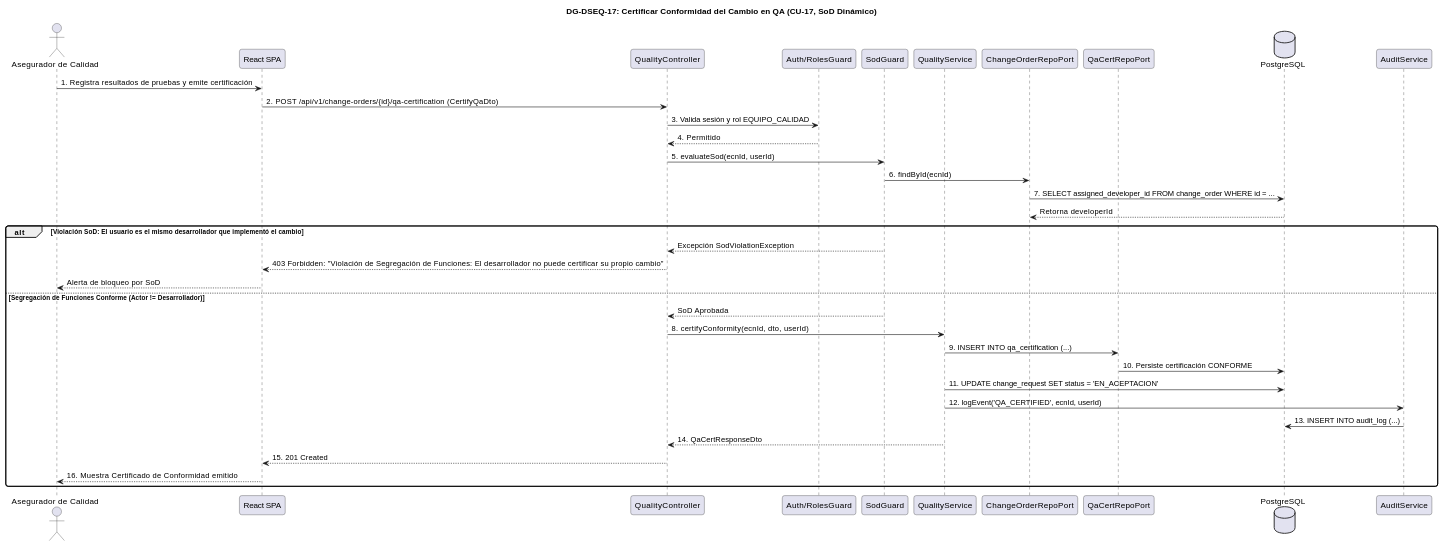
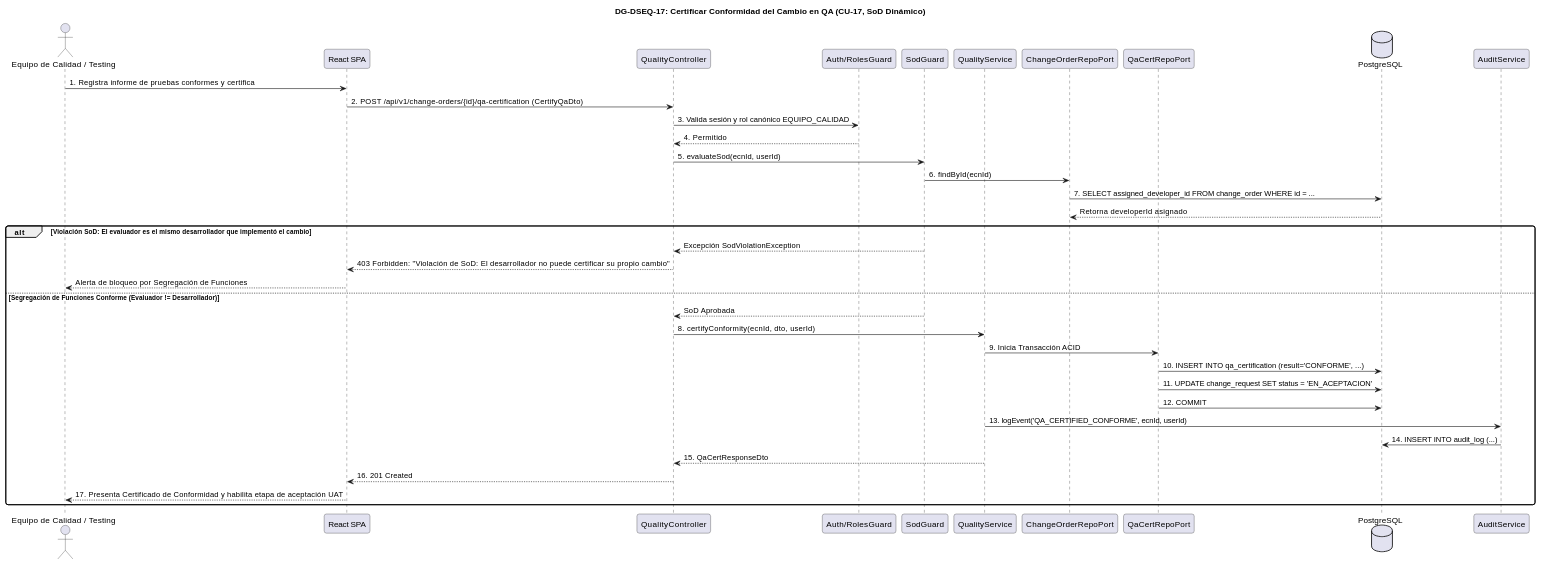
The tenth of 15 diagrams in FD05-EPIS-Informe_SAD_Diseno.md (JMedina255/TraceFlow), drawn with PlantUML before and after one commit. The commit also changed other lines of this file and 6 other files, not shown here.

````diff
--- a/FD05-EPIS-Informe_SAD_Diseno.md
+++ b/FD05-EPIS-Informe_SAD_Diseno.md
@@ -1532,48 +1600,49 @@
 ```plantuml
 @startuml
 skinparam shadowing false
 skinparam roundcorner 8
 skinparam defaultFontName Arial
 
 title <b>DG-DSEQ-17: Certificar Conformidad del Cambio en QA (CU-17, SoD Dinámico)</b>
 
-actor "Asegurador de Calidad" as Actor
+actor "Equipo de Calidad / Testing" as Actor
 participant "React SPA" as UI
 participant "QualityController" as Ctrl
 participant "Auth/RolesGuard" as Guard
 participant "SodGuard" as SodGuard
 participant "QualityService" as Service
 participant "ChangeOrderRepoPort" as EcnRepo
 participant "QaCertRepoPort" as CertRepo
 database "PostgreSQL" as DB
 participant "AuditService" as Audit
 
-Actor -> UI : 1. Registra resultados de pruebas y emite certificación
+Actor -> UI : 1. Registra informe de pruebas conformes y certifica
 UI -> Ctrl : 2. POST /api/v1/change-orders/{id}/qa-certification (CertifyQaDto)
-Ctrl -> Guard : 3. Valida sesión y rol EQUIPO_CALIDAD
+Ctrl -> Guard : 3. Valida sesión y rol canónico EQUIPO_CALIDAD
 Guard --> Ctrl : 4. Permitido
 
 Ctrl -> SodGuard : 5. evaluateSod(ecnId, userId)
 SodGuard -> EcnRepo : 6. findById(ecnId)
 EcnRepo -> DB : 7. SELECT assigned_developer_id FROM change_order WHERE id = ...
-DB --> EcnRepo : Retorna developerId
+DB --> EcnRepo : Retorna developerId asignado
 
-alt Violación SoD: El usuario es el mismo desarrollador que implementó el cambio
+alt Violación SoD: El evaluador es el mismo desarrollador que implementó el cambio
     SodGuard --> Ctrl : Excepción SodViolationException
-    Ctrl --> UI : 403 Forbidden: "Violación de Segregación de Funciones: El desarrollador no puede certificar su propio cambio"
-    UI --> Actor : Alerta de bloqueo por SoD
-else Segregación de Funciones Conforme (Actor != Desarrollador)
+    Ctrl --> UI : 403 Forbidden: "Violación de SoD: El desarrollador no puede certificar su propio cambio"
+    UI --> Actor : Alerta de bloqueo por Segregación de Funciones
+else Segregación de Funciones Conforme (Evaluador != Desarrollador)
     SodGuard --> Ctrl : SoD Aprobada
     Ctrl -> Service : 8. certifyConformity(ecnId, dto, userId)
-    Service -> CertRepo : 9. INSERT INTO qa_certification (...)
-    CertRepo -> DB : 10. Persiste certificación CONFORME
-    Service -> DB : 11. UPDATE change_request SET status = 'EN_ACEPTACION'
-    Service -> Audit : 12. logEvent('QA_CERTIFIED', ecnId, userId)
-    Audit -> DB : 13. INSERT INTO audit_log (...)
-    Service --> Ctrl : 14. QaCertResponseDto
-    Ctrl --> UI : 15. 201 Created
-    UI --> Actor : 16. Muestra Certificado de Conformidad emitido
+    Service -> CertRepo : 9. Inicia Transacción ACID
+    CertRepo -> DB : 10. INSERT INTO qa_certification (result='CONFORME', ...)
+    CertRepo -> DB : 11. UPDATE change_request SET status = 'EN_ACEPTACION'
+    CertRepo -> DB : 12. COMMIT
+    Service -> Audit : 13. logEvent('QA_CERTIFIED_CONFORME', ecnId, userId)
+    Audit -> DB : 14. INSERT INTO audit_log (...)
+    Service --> Ctrl : 15. QaCertResponseDto
+    Ctrl --> UI : 16. 201 Created
+    UI --> Actor : 17. Presenta Certificado de Conformidad y habilita etapa de aceptación UAT
 end
 
 @enduml
 ```
````
